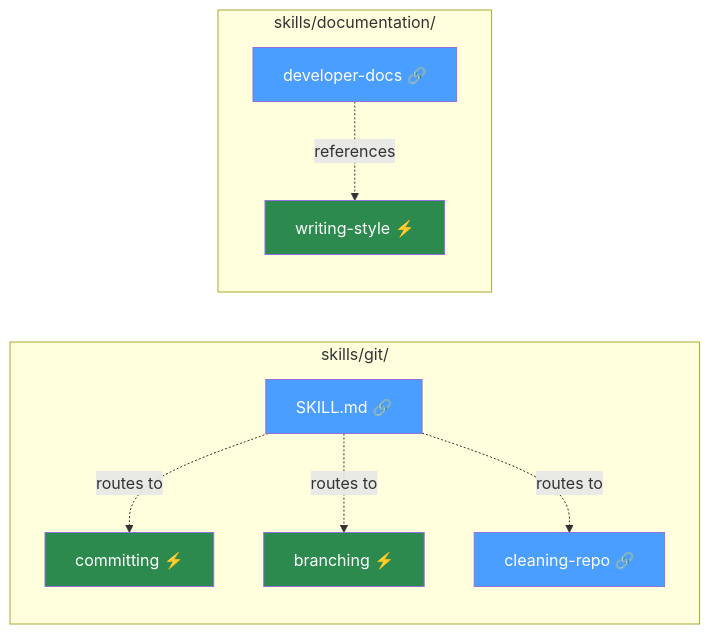
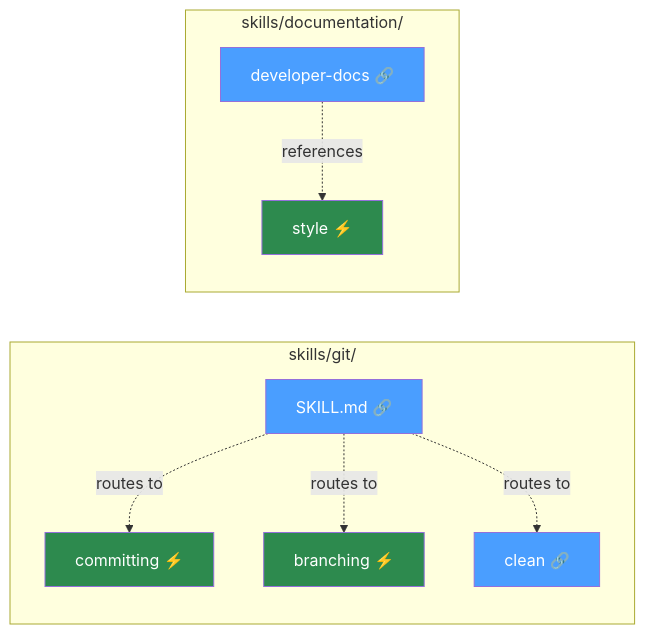
Before and after one commit to lucasilverentand/skills: the fifth of 9 diagrams in docs/SKILL-TAXONOMY.md, drawn with Mermaid. The commit also changed other lines of this file and 304 other files, not shown here.

````diff
--- a/docs/SKILL-TAXONOMY.md
+++ b/docs/SKILL-TAXONOMY.md
@@ -170,26 +170,26 @@
 ```mermaid
 flowchart LR
   subgraph git["skills/git/"]
     A["committing ⚡"]
     B["branching ⚡"]
-    C["cleaning-repo 🔗"]
+    C["clean 🔗"]
     D["SKILL.md 🔗"]
   end
 
   subgraph docs["skills/documentation/"]
-    E["writing-style ⚡"]
+    E["style ⚡"]
     F["developer-docs 🔗"]
   end
 
   D -.->|routes to| A
   D -.->|routes to| B
   D -.->|routes to| C
   F -.->|references| E
 
   style A fill:#2d8a4e,color:#fff
   style B fill:#2d8a4e,color:#fff
   style E fill:#2d8a4e,color:#fff
   style C fill:#4a9eff,color:#fff
   style D fill:#4a9eff,color:#fff
   style F fill:#4a9eff,color:#fff
 ```
````
